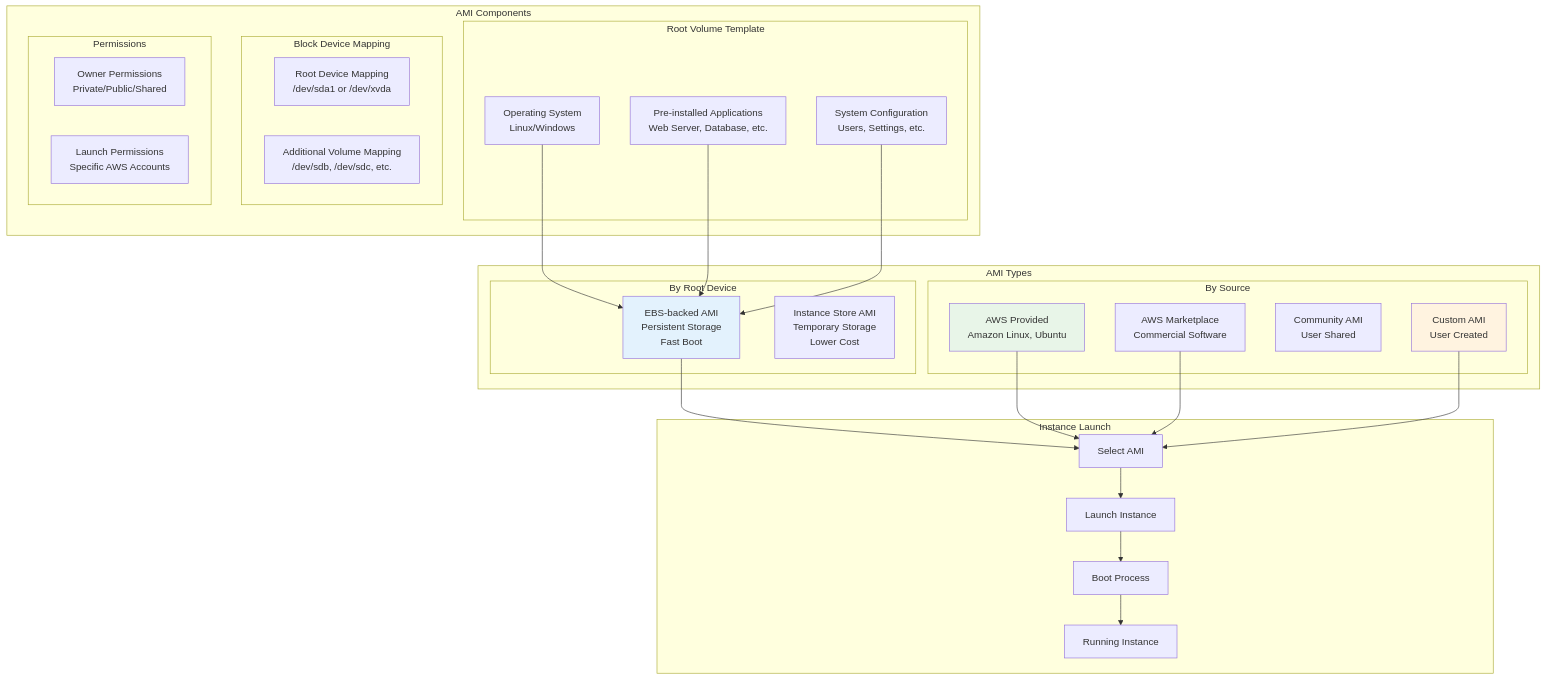
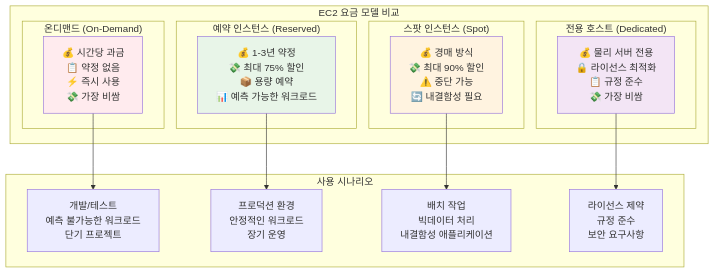
The fifth of 10 diagrams in aws-saa-study-materials/week1/day3/visuals/ec2-architecture.md (niceguy61/lecture_maker), drawn with Mermaid before and after one commit. The commit also changed other lines of this file and 58 other files, not shown here.

````diff
--- a/aws-saa-study-materials/week1/day3/visuals/ec2-architecture.md
+++ b/aws-saa-study-materials/week1/day3/visuals/ec2-architecture.md
@@ -264,58 +210,32 @@
 ```mermaid
-graph TD
-    subgraph "AMI Components"
-        subgraph "Root Volume Template"
-            OS[Operating System<br/>Linux/Windows]
-            APP[Pre-installed Applications<br/>Web Server, Database, etc.]
-            CONFIG[System Configuration<br/>Users, Settings, etc.]
+graph TB
+    subgraph "EC2 요금 모델 비교"
+        subgraph "온디맨드 (On-Demand)"
+            OD[💰 시간당 과금<br/>📋 약정 없음<br/>⚡ 즉시 사용<br/>💸 가장 비쌈]
         end
         
-        subgraph "Block Device Mapping"
-            ROOT_MAP[Root Device Mapping<br/>/dev/sda1 or /dev/xvda]
-            ADD_MAP[Additional Volume Mapping<br/>/dev/sdb, /dev/sdc, etc.]
+        subgraph "예약 인스턴스 (Reserved)"
+            RI[💰 1-3년 약정<br/>💸 최대 75% 할인<br/>📦 용량 예약<br/>📊 예측 가능한 워크로드]
         end
         
-        subgraph "Permissions"
-            OWNER[Owner Permissions<br/>Private/Public/Shared]
-            LAUNCH[Launch Permissions<br/>Specific AWS Accounts]
+        subgraph "스팟 인스턴스 (Spot)"
+            SI[💰 경매 방식<br/>💸 최대 90% 할인<br/>⚠️ 중단 가능<br/>🔄 내결함성 필요]
+        end
+        
+        subgraph "전용 호스트 (Dedicated)"
+            DH[💰 물리 서버 전용<br/>🔒 라이선스 최적화<br/>📋 규정 준수<br/>💸 가장 비쌈]
         end
     end
     
-    subgraph "AMI Types"
-        subgraph "By Root Device"
-            EBS_AMI[EBS-backed AMI<br/>Persistent Storage<br/>Fast Boot]
-            STORE_AMI[Instance Store AMI<br/>Temporary Storage<br/>Lower Cost]
-        end
-        
-        subgraph "By Source"
-            AWS_AMI[AWS Provided<br/>Amazon Linux, Ubuntu]
-            MARKET_AMI[AWS Marketplace<br/>Commercial Software]
-            COMMUNITY_AMI[Community AMI<br/>User Shared]
-            CUSTOM_AMI[Custom AMI<br/>User Created]
-        end
+    subgraph "사용 시나리오"
+        OD --> OD_USE[개발/테스트<br/>예측 불가능한 워크로드<br/>단기 프로젝트]
+        RI --> RI_USE[프로덕션 환경<br/>안정적인 워크로드<br/>장기 운영]
+        SI --> SI_USE[배치 작업<br/>빅데이터 처리<br/>내결함성 애플리케이션]
+        DH --> DH_USE[라이선스 제약<br/>규정 준수<br/>보안 요구사항]
     end
     
-    subgraph "Instance Launch"
-        LAUNCH_INST[Launch Instance]
-        SELECT_AMI[Select AMI]
-        BOOT[Boot Process]
-        RUNNING[Running Instance]
-    end
-    
-    OS --> EBS_AMI
-    APP --> EBS_AMI
-    CONFIG --> EBS_AMI
-    
-    EBS_AMI --> SELECT_AMI
-    AWS_AMI --> SELECT_AMI
-    MARKET_AMI --> SELECT_AMI
-    CUSTOM_AMI --> SELECT_AMI
-    
-    SELECT_AMI --> LAUNCH_INST
-    LAUNCH_INST --> BOOT
-    BOOT --> RUNNING
-    
-    style EBS_AMI fill:#e3f2fd
-    style AWS_AMI fill:#e8f5e8
-    style CUSTOM_AMI fill:#fff3e0
+    style OD fill:#ffebee
+    style RI fill:#e8f5e8
+    style SI fill:#fff3e0
+    style DH fill:#f3e5f5
 ```
````
